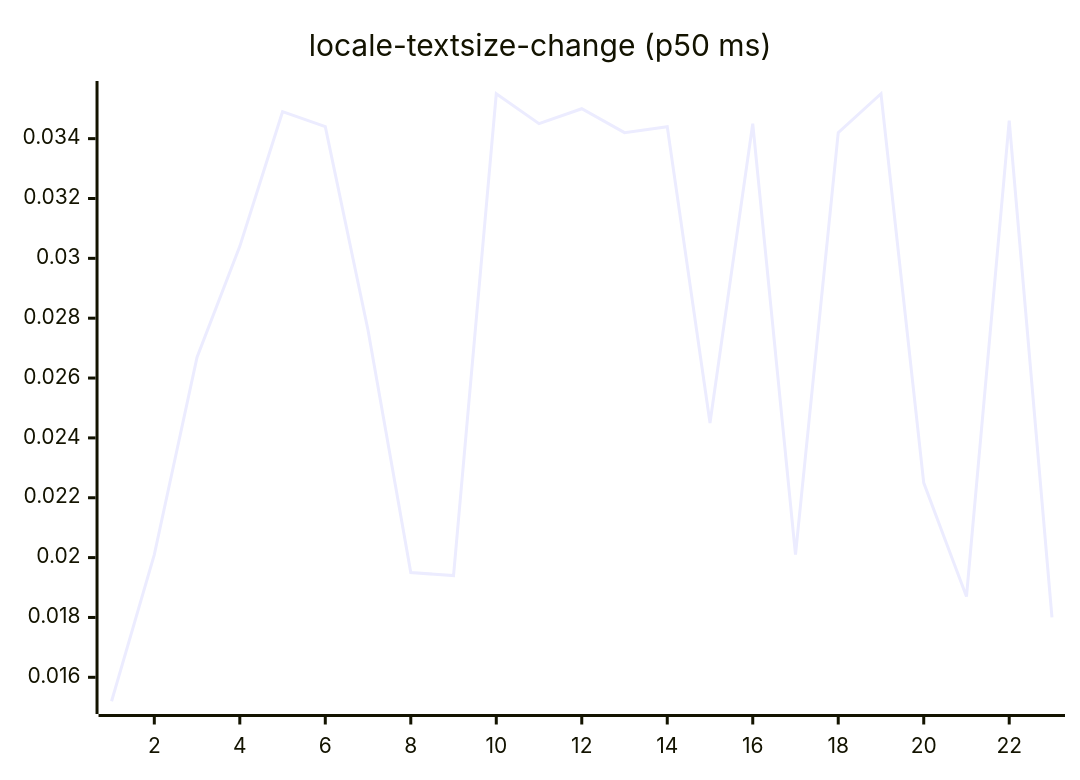
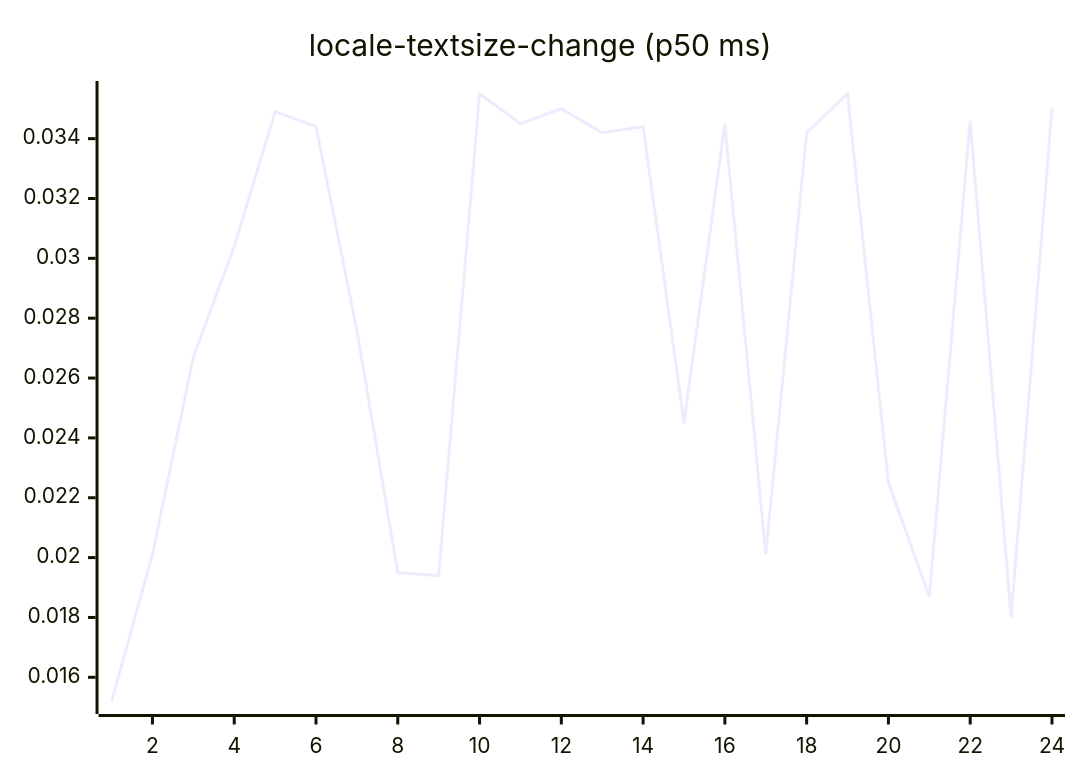
One commit to josha/Facet changed diagram 13 of 27 in README.md. Above: the diagram before and after it, drawn with Mermaid. The commit also changed other lines of this file and 2 other files, not shown here.

````diff
--- a/README.md
+++ b/README.md
@@ -147,6 +147,6 @@
 ```mermaid
 xychart-beta
     title "locale-textsize-change (p50 ms)"
-    x-axis 1 --> 23
-    line [0.0152, 0.0201, 0.0267, 0.0304, 0.0349, 0.0344, 0.0276, 0.0195, 0.0194, 0.0355, 0.0345, 0.0350, 0.0342, 0.0344, 0.0245, 0.0345, 0.0201, 0.0342, 0.0355, 0.0225, 0.0187, 0.0346, 0.0180]
+    x-axis 1 --> 24
+    line [0.0152, 0.0201, 0.0267, 0.0304, 0.0349, 0.0344, 0.0276, 0.0195, 0.0194, 0.0355, 0.0345, 0.0350, 0.0342, 0.0344, 0.0245, 0.0345, 0.0201, 0.0342, 0.0355, 0.0225, 0.0187, 0.0346, 0.0180, 0.0350]
 ```
````
